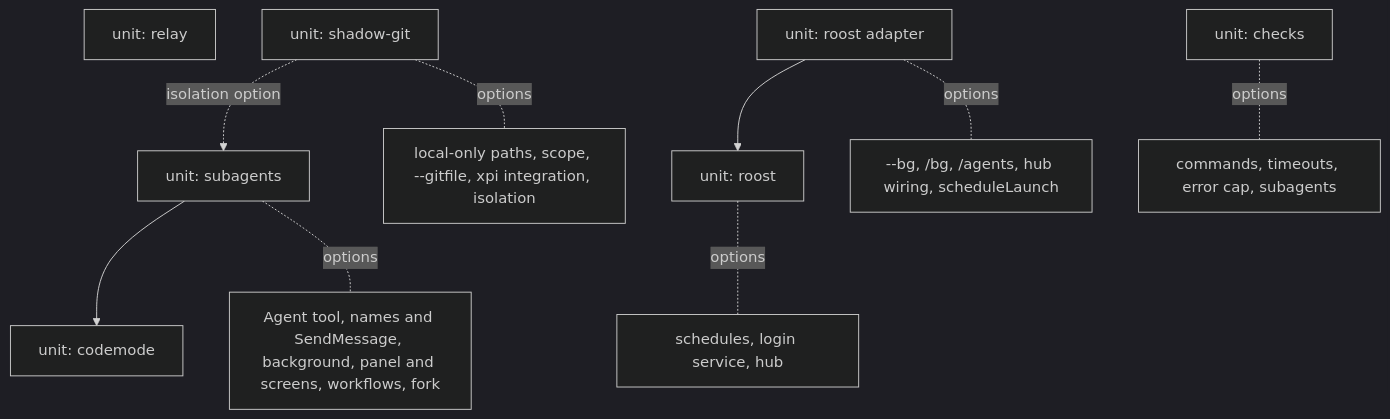
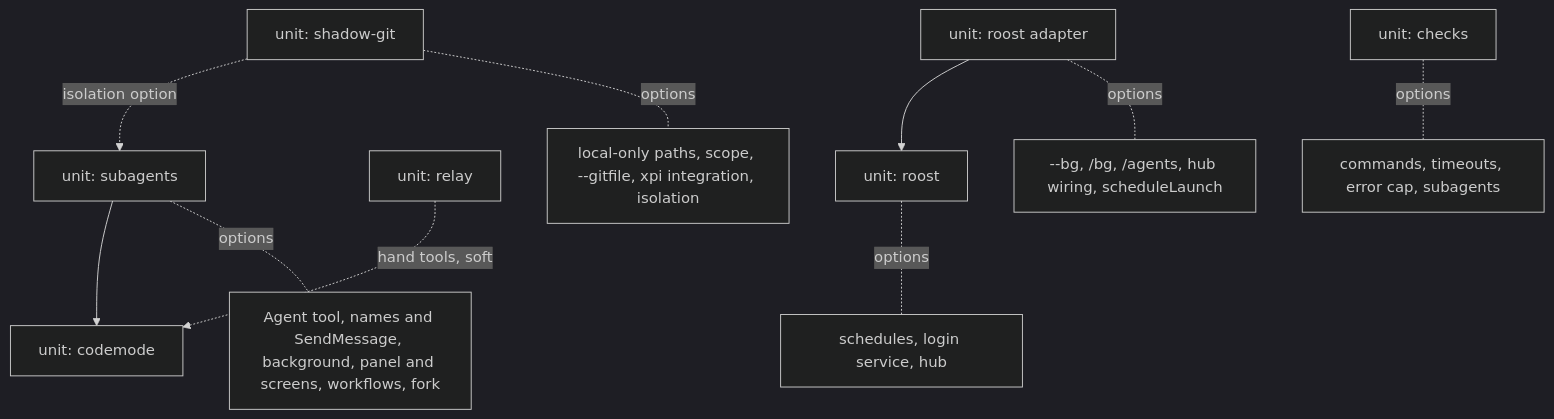
One commit to luoxin9510/xin-pi changed the diagram in packages/xpi-coding-agent/docs/porting.md. Above: the diagram before and after it, drawn with Mermaid (dark theme). The commit also changed other lines of this file and 9 other files, not shown here.

````diff
--- a/packages/xpi-coding-agent/docs/porting.md
+++ b/packages/xpi-coding-agent/docs/porting.md
@@ -36,18 +36,19 @@
 ```mermaid
 graph TD
   codemode[unit: codemode]
   subagents[unit: subagents]
   relay[unit: relay]
   roost[unit: roost]
   adapter[unit: roost adapter]
   shadowgit[unit: shadow-git]
   checks[unit: checks]
   subagents --> codemode
+  relay -. hand tools, soft .-> codemode
   adapter --> roost
   shadowgit -. isolation option .-> subagents
   subagents -. options .- o1[Agent tool, names and SendMessage, background, panel and screens, workflows, fork]
   roost -. options .- o2[schedules, login service, hub]
   shadowgit -. options .- o4[local-only paths, scope, --gitfile, xpi integration, isolation]
   checks -. options .- o5[commands, timeouts, error cap, subagents]
   adapter -. options .- o3[--bg, /bg, /agents, hub wiring, scheduleLaunch]
 ```
````
